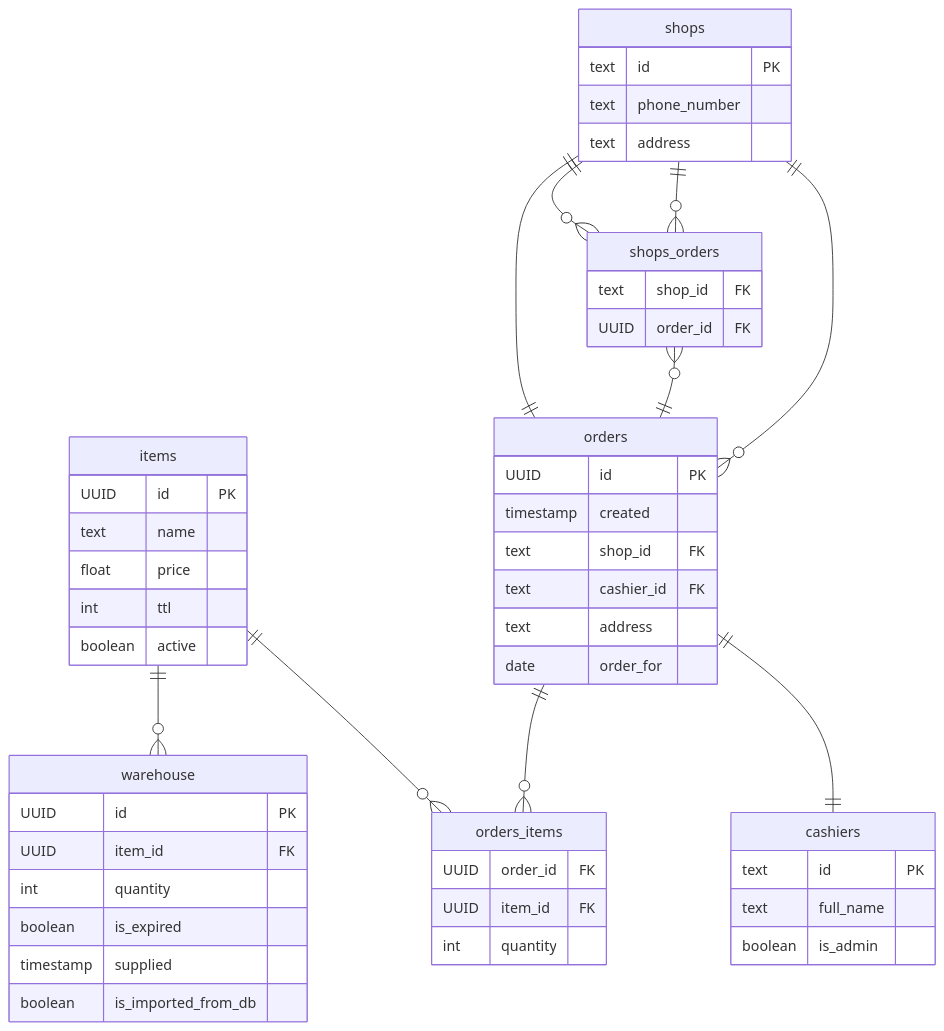
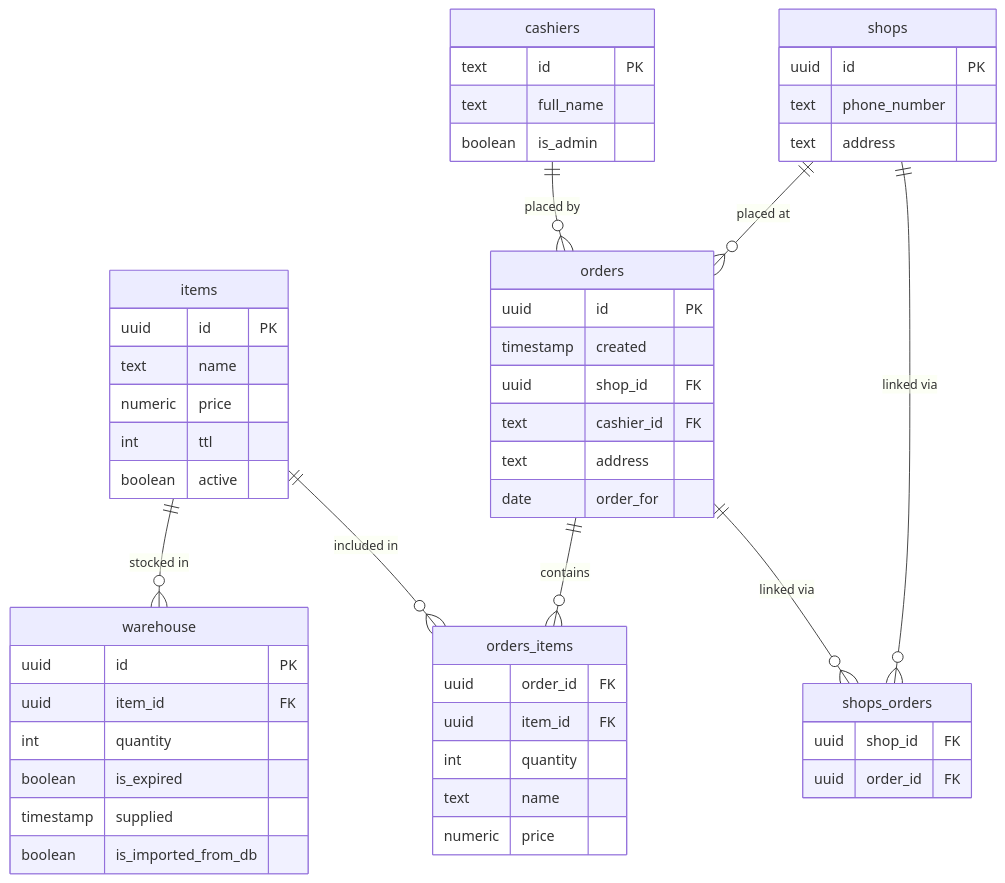
One commit to slavikyd/vanil_web changed the diagram in README.md. Above: the diagram before and after it, drawn with Mermaid.

Commit message:
Refactor ER diagram
Updated data types and relationships in the entity-relationship diagram.

````diff
--- a/README.md
+++ b/README.md
@@ -1,56 +1,56 @@
 ```mermaid
 erDiagram
     shops {
-        text id PK
+        uuid id PK
         text phone_number
         text address
     }
     items {
-        UUID id PK
+        uuid id PK
         text name
-        float price
+        numeric price
         int ttl
         boolean active
     }
     warehouse {
-        UUID id PK
-        UUID item_id FK
+        uuid id PK
+        uuid item_id FK
         int quantity
         boolean is_expired
         timestamp supplied
         boolean is_imported_from_db
     }
     cashiers {
         text id PK
         text full_name
         boolean is_admin
     }
     orders {
-        UUID id PK
+        uuid id PK
         timestamp created
-        text shop_id FK
+        uuid shop_id FK
         text cashier_id FK
         text address
         date order_for
     }
     orders_items {
-        UUID order_id FK
-        UUID item_id FK
+        uuid order_id FK
+        uuid item_id FK
         int quantity
+        text name
+        numeric price
     }
     shops_orders {
-        text shop_id FK
-        UUID order_id FK
+        uuid shop_id FK
+        uuid order_id FK
     }
-    
-    shops ||--o{ orders : ""
-    shops ||--o{ shops_orders : ""
-    orders ||--o{ orders_items : ""
-    orders ||--|| cashiers : ""
-    orders ||--|| shops : ""
-    shops_orders }o--|| orders : ""
-    shops_orders }o--|| shops : ""
-    items ||--o{ warehouse : ""
-    items ||--o{ orders_items : ""
+
+    shops ||--o{ orders : "placed at"
+    shops ||--o{ shops_orders : "linked via"
+    cashiers ||--o{ orders : "placed by"
+    orders ||--o{ orders_items : "contains"
+    orders ||--o{ shops_orders : "linked via"
+    items ||--o{ warehouse : "stocked in"
+    items ||--o{ orders_items : "included in"
 
 ```
````
